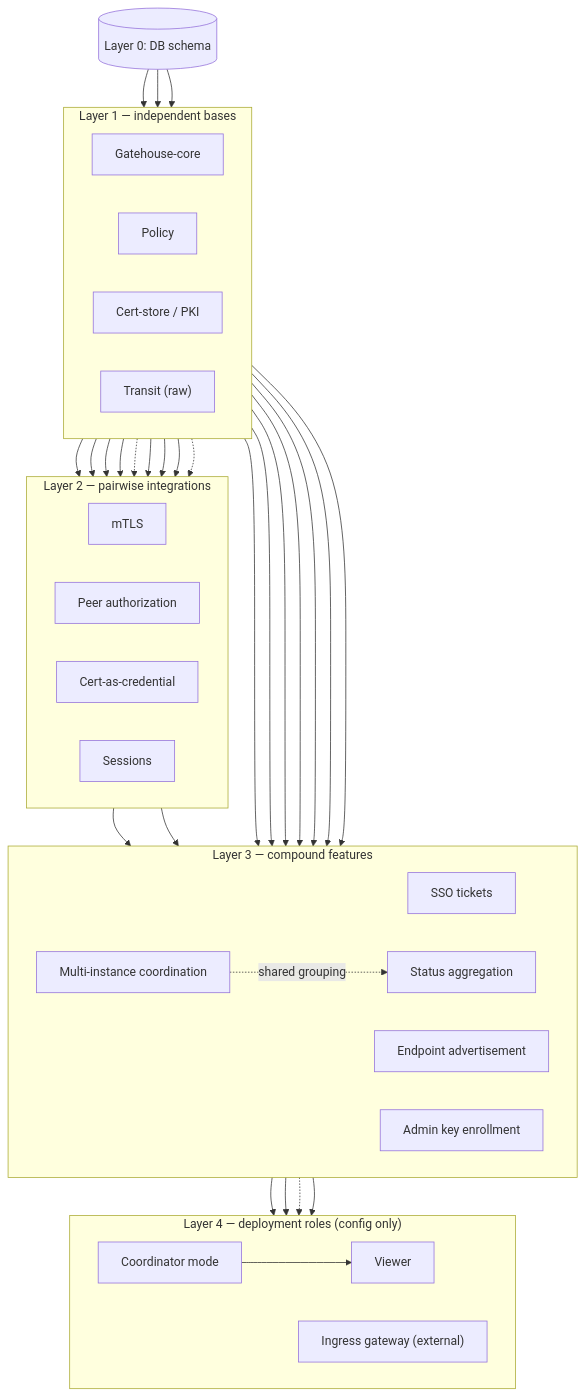
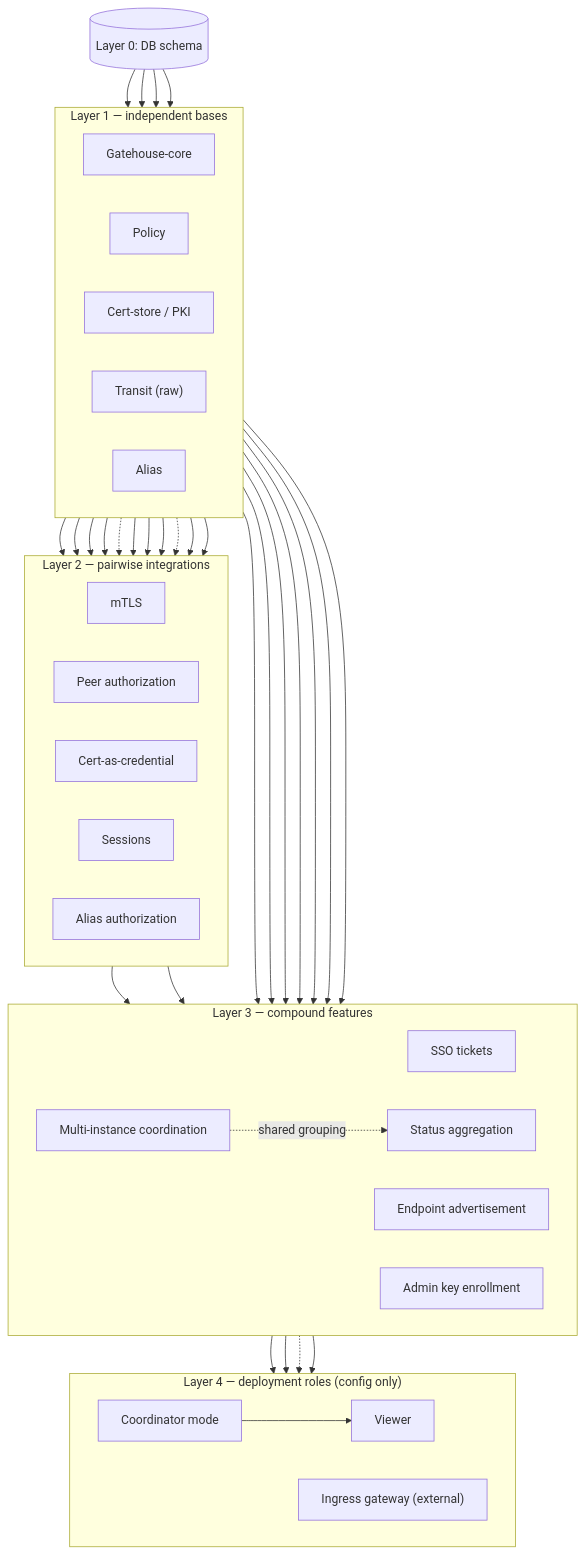
Before and after one commit to croge130/archipelago: the diagram in docs/architecture/01-build-order.md, drawn with Mermaid. The commit also changed other lines of this file and 2 other files, not shown here.

````diff
--- a/docs/architecture/01-build-order.md
+++ b/docs/architecture/01-build-order.md
@@ -110,67 +127,72 @@
 ```mermaid
 flowchart TB
     DB[("Layer 0: DB schema")]
 
     subgraph L1["Layer 1 — independent bases"]
         direction LR
         GH["Gatehouse-core"]
         POL["Policy"]
         PKI["Cert-store / PKI"]
         TR["Transit (raw)"]
+        ALIAS["Alias"]
     end
 
     DB --> GH
     DB --> POL
     DB --> PKI
+    DB --> ALIAS
 
     subgraph L2["Layer 2 — pairwise integrations"]
         direction LR
         MTLS["mTLS"]
         PEERAUTH["Peer authorization"]
         CREDCERT["Cert-as-credential"]
         SESS["Sessions"]
+        ALIASAUTH["Alias authorization"]
     end
 
     TR --> MTLS
     PKI --> MTLS
     TR --> PEERAUTH
     GH --> PEERAUTH
     POL -.-> PEERAUTH
     GH --> CREDCERT
     PKI --> CREDCERT
     GH --> SESS
     TR -.-> SESS
+    ALIAS --> ALIASAUTH
+    GH --> ALIASAUTH
 
     subgraph L3["Layer 3 — compound features"]
         direction LR
         SSO["SSO tickets"]
         MULTI["Multi-instance coordination"]
         STATUS["Status aggregation"]
         ENDPOINT["Endpoint advertisement"]
         ADMINKEY["Admin key enrollment"]
     end
 
     GH --> SSO
     PKI --> SSO
     TR --> SSO
     MTLS --> MULTI
     PEERAUTH --> MULTI
     POL --> STATUS
     TR --> STATUS
     MULTI -.shared grouping.-> STATUS
     GH --> ENDPOINT
     PKI --> ADMINKEY
 
     subgraph L4["Layer 4 — deployment roles (config only)"]
         direction LR
         COORD["Coordinator mode"]
         GATEWAY["Ingress gateway (external)"]
         VIEWER["Viewer"]
     end
 
     ENDPOINT --> COORD
     SSO --> COORD
     MULTI -.-> COORD
     COORD --> VIEWER
     SSO --> VIEWER
 ```
````
